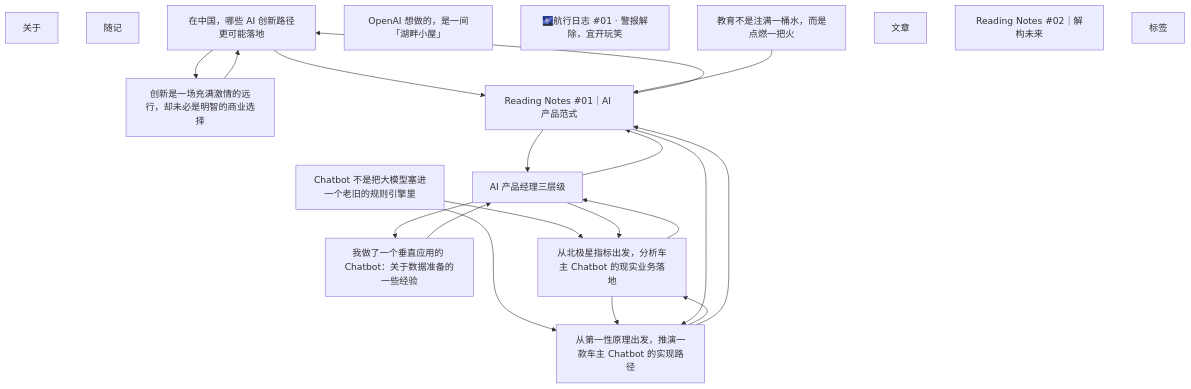
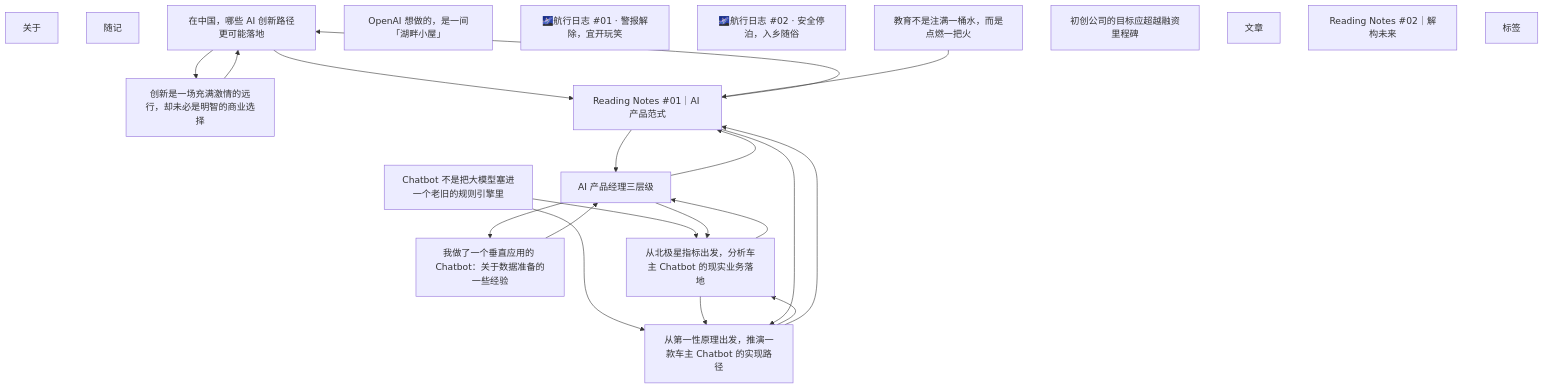
The diagram in tools/site-graph/out/graph.mmd (Zhao-Huazhou/Zhao-Huazhou.github.io), drawn with Mermaid before and after one commit. The commit also changed 7 other files, not shown here.

Commit message:
update graph.mmd & data-prep-post

```diff
--- a/tools/site-graph/out/graph.mmd
+++ b/tools/site-graph/out/graph.mmd
@@ -1,35 +1,37 @@
 graph TD
   N78e943079d["关于"]
   Na0a31ebd9a["随记"]
   Ne000fcda21["在中国，哪些 AI 创新路径更可能落地"]
   Nf315e5e460["OpenAI 想做的，是一间「湖畔小屋」"]
   N509e8a98c6["Chatbot 不是把大模型塞进一个老旧的规则引擎里"]
   Nabfe592828["🌌航行日志 #01 · 警报解除，宜开玩笑"]
+  N917be0cdc1["🌌航行日志 #02 · 安全停泊，入乡随俗"]
   N4e55722e29["教育不是注满一桶水，而是点燃一把火"]
+  Nfa0b5fb488["初创公司的目标应超越融资里程碑"]
   N81228a8674["文章"]
   Nd9b0762f80["AI 产品经理三层级"]
   Nce81f5d37d["我做了一个垂直应用的 Chatbot：关于数据准备的一些经验"]
   N166baf2727["从第一性原理出发，推演一款车主 Chatbot 的实现路径"]
   N2c00bafbac["从北极星指标出发，分析车主 Chatbot 的现实业务落地"]
   N6f056b8004["创新是一场充满激情的远行，却未必是明智的商业选择"]
   N10154a9e49["Reading Notes #01｜AI 产品范式"]
   Ncfbd1505fb["Reading Notes #02｜解构未来"]
   N0ecf656713["标签"]
 
   Ne000fcda21 --> N6f056b8004
   Ne000fcda21 --> N10154a9e49
   N509e8a98c6 --> N166baf2727
   N509e8a98c6 --> N2c00bafbac
   N4e55722e29 --> N10154a9e49
   Nd9b0762f80 --> Nce81f5d37d
   Nd9b0762f80 --> N2c00bafbac
   Nd9b0762f80 --> N10154a9e49
   Nce81f5d37d --> Nd9b0762f80
   N166baf2727 --> N2c00bafbac
   N166baf2727 --> N10154a9e49
   N2c00bafbac --> Nd9b0762f80
   N2c00bafbac --> N166baf2727
   N6f056b8004 --> Ne000fcda21
   N10154a9e49 --> Ne000fcda21
   N10154a9e49 --> Nd9b0762f80
   N10154a9e49 --> N166baf2727
```
